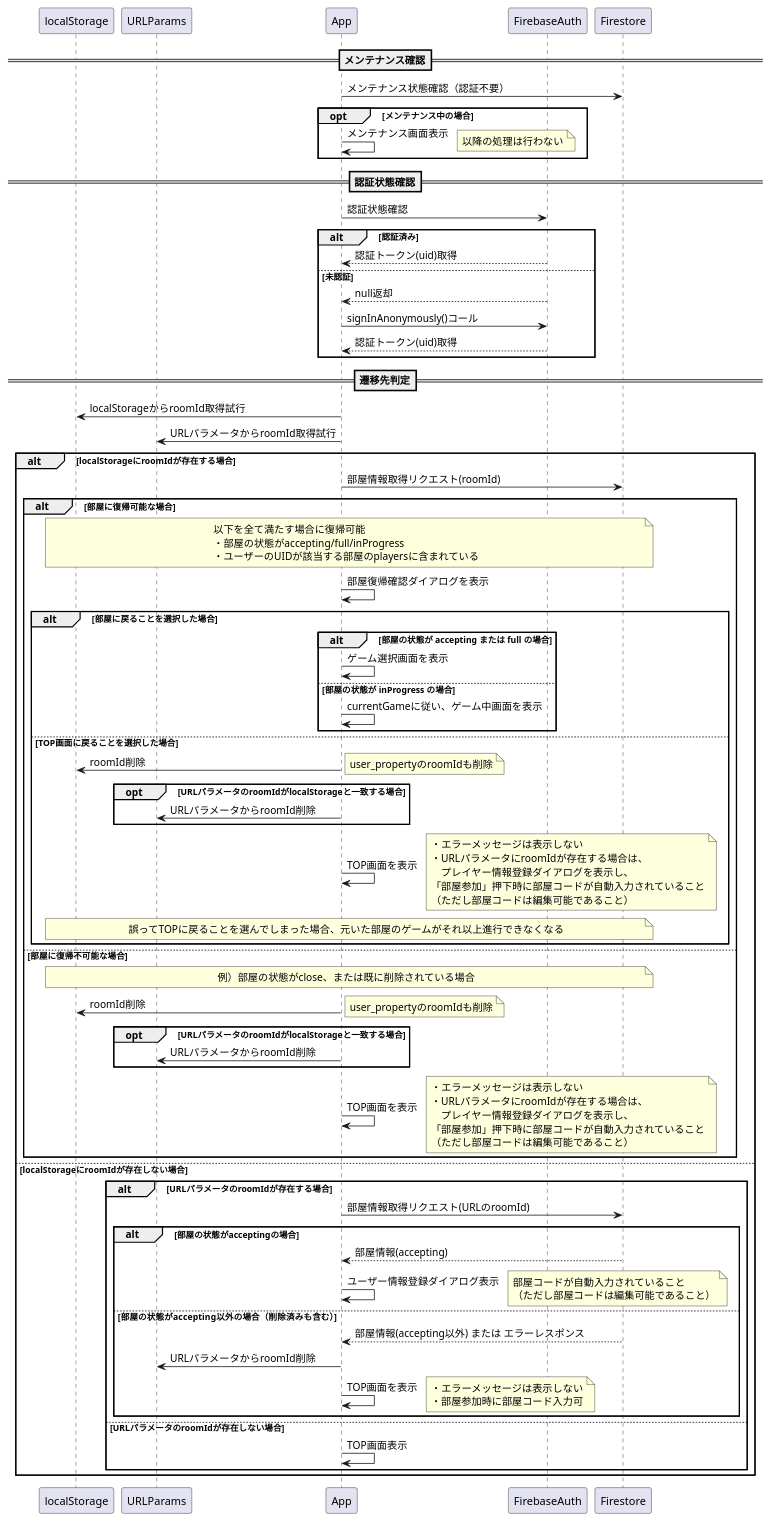
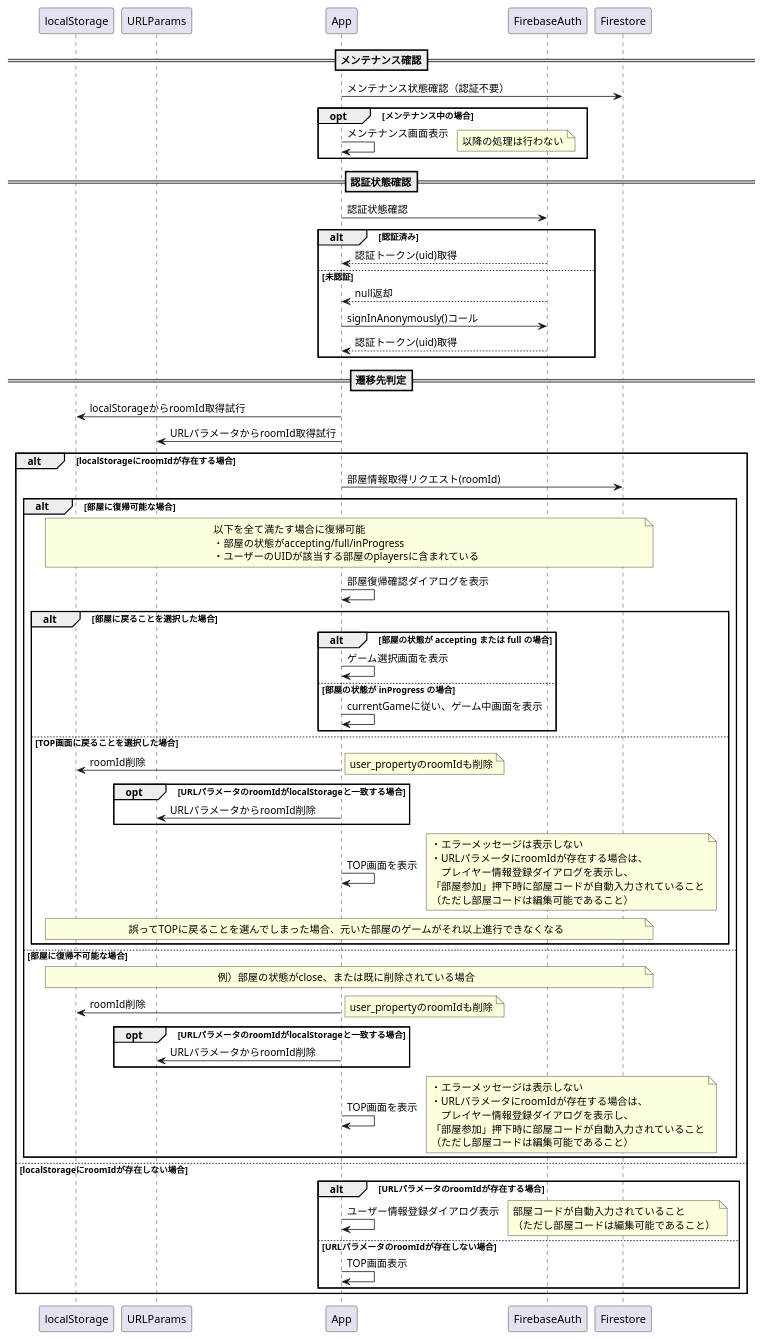
Before and after one commit to hi-okuma/bdghub: the diagram in doc/sequence/0000_startup_resume.wsd, drawn with PlantUML.

Commit message:
シーケンス修正　部屋参加していないのに部屋情報を見に行くシーケンスになっていた

```diff
--- a/doc/sequence/0000_startup_resume.wsd
+++ b/doc/sequence/0000_startup_resume.wsd
@@ -1,94 +1,84 @@
 @startuml
 
 participant localStorage
 participant URLParams
 participant App
 participant FirebaseAuth
 participant Firestore
 
 ==メンテナンス確認==
 
 App -> Firestore: メンテナンス状態確認（認証不要）
 
 opt メンテナンス中の場合
 App -> App: メンテナンス画面表示
 note right: 以降の処理は行わない
 end
 
 ==認証状態確認==
 
 App -> FirebaseAuth: 認証状態確認
 
 alt 認証済み
     App <-- FirebaseAuth: 認証トークン(uid)取得
 else 未認証
     App <-- FirebaseAuth: null返却
     App -> FirebaseAuth: signInAnonymously()コール
     App <-- FirebaseAuth: 認証トークン(uid)取得
 end
 
 ==遷移先判定==
 
 App -> localStorage: localStorageからroomId取得試行
 App -> URLParams: URLパラメータからroomId取得試行
 
 alt localStorageにroomIdが存在する場合
     App -> Firestore: 部屋情報取得リクエスト(roomId)
         
     alt 部屋に復帰可能な場合
         note across: 以下を全て満たす場合に復帰可能\n・部屋の状態がaccepting/full/inProgress\n・ユーザーのUIDが該当する部屋のplayersに含まれている
         App -> App: 部屋復帰確認ダイアログを表示
         
         alt 部屋に戻ることを選択した場合
             alt 部屋の状態が accepting または full の場合
                 App -> App: ゲーム選択画面を表示
             else 部屋の状態が inProgress の場合
                 App -> App: currentGameに従い、ゲーム中画面を表示
             end
         else TOP画面に戻ることを選択した場合
             App -> localStorage: roomId削除
             note right: user_propertyのroomIdも削除
             
             opt URLパラメータのroomIdがlocalStorageと一致する場合
                 App -> URLParams: URLパラメータからroomId削除
             end
 
             App -> App: TOP画面を表示
             note right: ・エラーメッセージは表示しない\n・URLパラメータにroomIdが存在する場合は、\n　プレイヤー情報登録ダイアログを表示し、\n「部屋参加」押下時に部屋コードが自動入力されていること\n（ただし部屋コードは編集可能であること）
             note across: 誤ってTOPに戻ることを選んでしまった場合、元いた部屋のゲームがそれ以上進行できなくなる
         end
     else 部屋に復帰不可能な場合
         note across: 例）部屋の状態がclose、または既に削除されている場合
         App -> localStorage: roomId削除
         note right: user_propertyのroomIdも削除
                 
         opt URLパラメータのroomIdがlocalStorageと一致する場合
             App -> URLParams: URLパラメータからroomId削除
         end
 
         App -> App: TOP画面を表示
         note right: ・エラーメッセージは表示しない\n・URLパラメータにroomIdが存在する場合は、\n　プレイヤー情報登録ダイアログを表示し、\n「部屋参加」押下時に部屋コードが自動入力されていること\n（ただし部屋コードは編集可能であること）
     end
 
 else localStorageにroomIdが存在しない場合
 
     alt URLパラメータのroomIdが存在する場合
-        App -> Firestore: 部屋情報取得リクエスト(URLのroomId)
-
-        alt 部屋の状態がacceptingの場合
-            App <-- Firestore: 部屋情報(accepting)
             App -> App: ユーザー情報登録ダイアログ表示
             note right: 部屋コードが自動入力されていること\n（ただし部屋コードは編集可能であること）
-        else 部屋の状態がaccepting以外の場合（削除済みも含む）
-            App <-- Firestore: 部屋情報(accepting以外) または エラーレスポンス
-            App -> URLParams: URLパラメータからroomId削除
-            App -> App: TOP画面を表示
-            note right: ・エラーメッセージは表示しない\n・部屋参加時に部屋コード入力可            
-        end
     else URLパラメータのroomIdが存在しない場合
         App -> App: TOP画面表示
     end
 
 end
 
 @enduml
```
